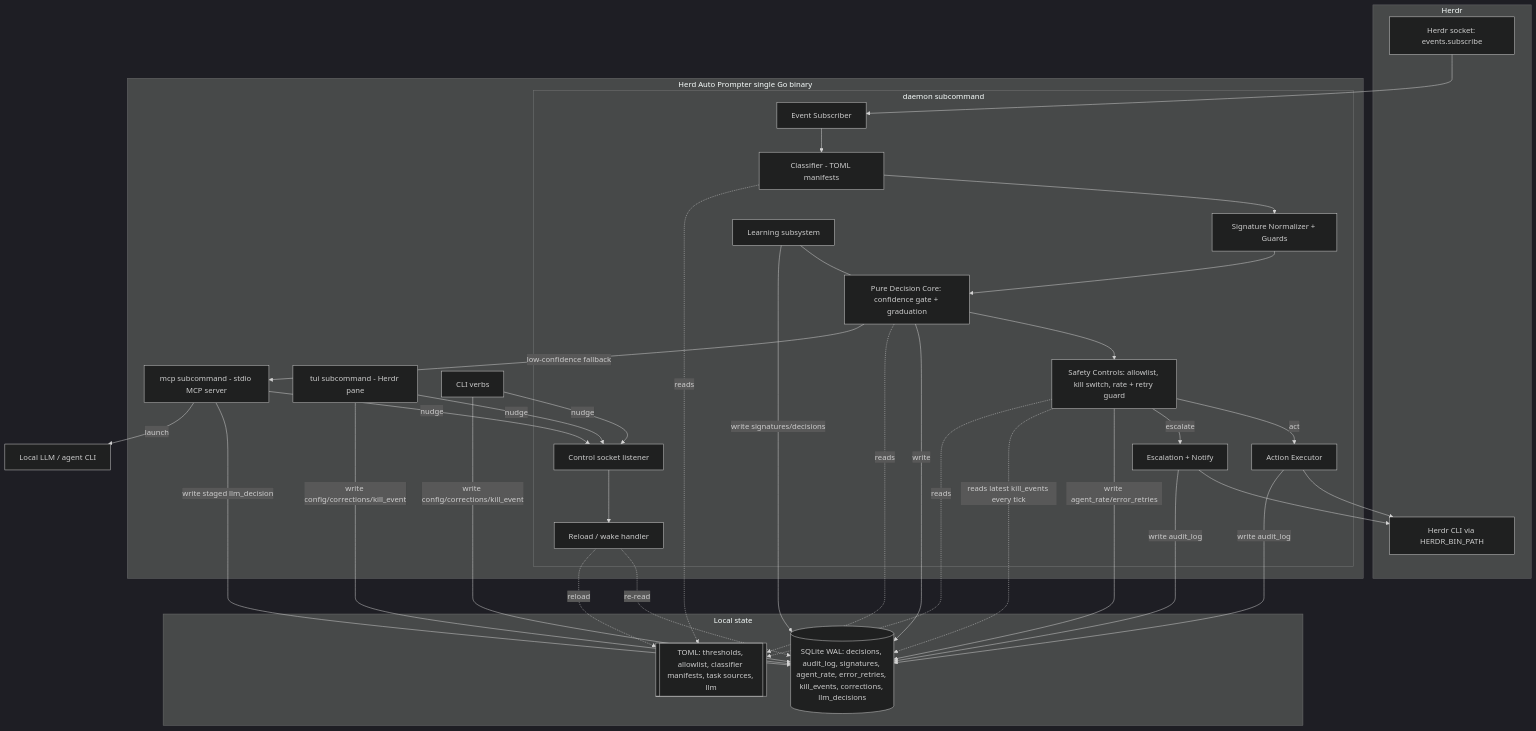
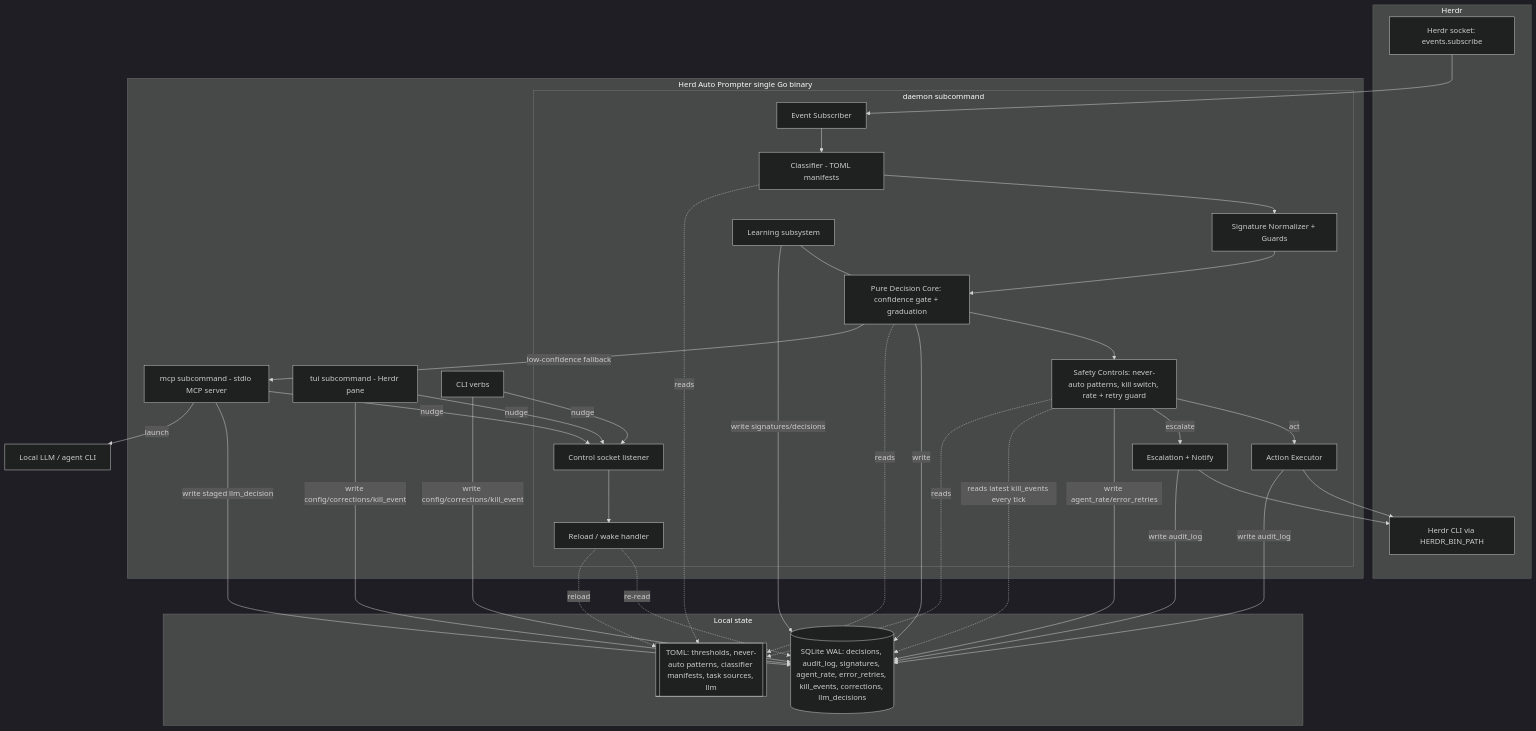
Before and after one commit to 0xGosu/herdr-auto-pilot: the first of 3 diagrams in docs/specs/herd-auto-prompter/solution.md, drawn with Mermaid (dark theme). The commit also changed other lines of this file and 27 other files, not shown here.

First line of the commit message:
#1 feat: concise escalation text, allowlist→never_auto rename, rule provenance snapshots (#11)

````diff
--- a/docs/specs/herd-auto-prompter/solution.md
+++ b/docs/specs/herd-auto-prompter/solution.md
@@ -39,56 +39,56 @@
 ```mermaid
 flowchart TD
     subgraph Herdr
         HS[Herdr socket: events.subscribe]
         HC[Herdr CLI via HERDR_BIN_PATH]
     end
 
     subgraph Binary[Herd Auto Prompter single Go binary]
         subgraph Daemon[daemon subcommand]
             CTL[Control socket listener] --> RLD[Reload / wake handler]
             EV[Event Subscriber] --> CL[Classifier - TOML manifests]
             CL --> SG[Signature Normalizer + Guards]
             SG --> DC[Pure Decision Core: confidence gate + graduation]
-            DC --> SF[Safety Controls: allowlist, kill switch, rate + retry guard]
+            DC --> SF[Safety Controls: never-auto patterns, kill switch, rate + retry guard]
             SF -->|act| AX[Action Executor]
             SF -->|escalate| ESC[Escalation + Notify]
             LRN[Learning subsystem] --- DC
         end
         TUI[tui subcommand - Herdr pane]
         CLI[CLI verbs]
         MCP[mcp subcommand - stdio MCP server]
     end
 
     subgraph Store[Local state]
         DB[(SQLite WAL: decisions, audit_log, signatures, agent_rate, error_retries, kill_events, corrections, llm_decisions)]
-        CFG[[TOML: thresholds, allowlist, classifier manifests, task sources, llm]]
+        CFG[[TOML: thresholds, never-auto patterns, classifier manifests, task sources, llm]]
     end
 
     HS --> EV
     AX --> HC
     ESC --> HC
 
     %% Daemon = exclusive writer of hot-path rows
     DC -->|write| DB
     LRN -->|write signatures/decisions| DB
     SF -->|write agent_rate/error_retries| DB
     AX -->|write audit_log| DB
     ESC -->|write audit_log| DB
     SF -.reads latest kill_events every tick.-> DB
 
     %% Front-ends = direct writers of operator-owned data + nudge
     TUI -->|write config/corrections/kill_event| DB
     CLI -->|write config/corrections/kill_event| DB
     MCP -->|write staged llm_decision| DB
     TUI -->|nudge| CTL
     CLI -->|nudge| CTL
     MCP -->|nudge| CTL
     RLD -.re-read.-> DB
     RLD -.reload.-> CFG
 
     DC -.reads.-> CFG
     CL -.reads.-> CFG
     SF -.reads.-> CFG
     DC -->|low-confidence fallback| MCP
     MCP -->|launch| LLMCLI[Local LLM / agent CLI]
 ```
````
